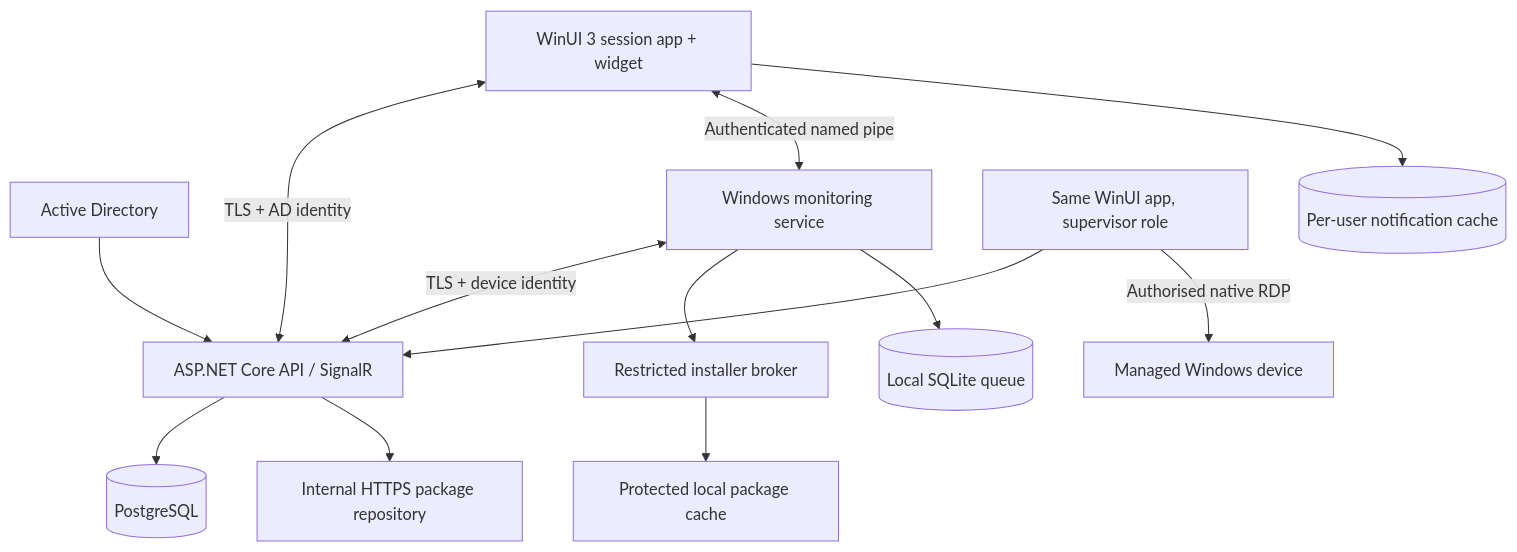
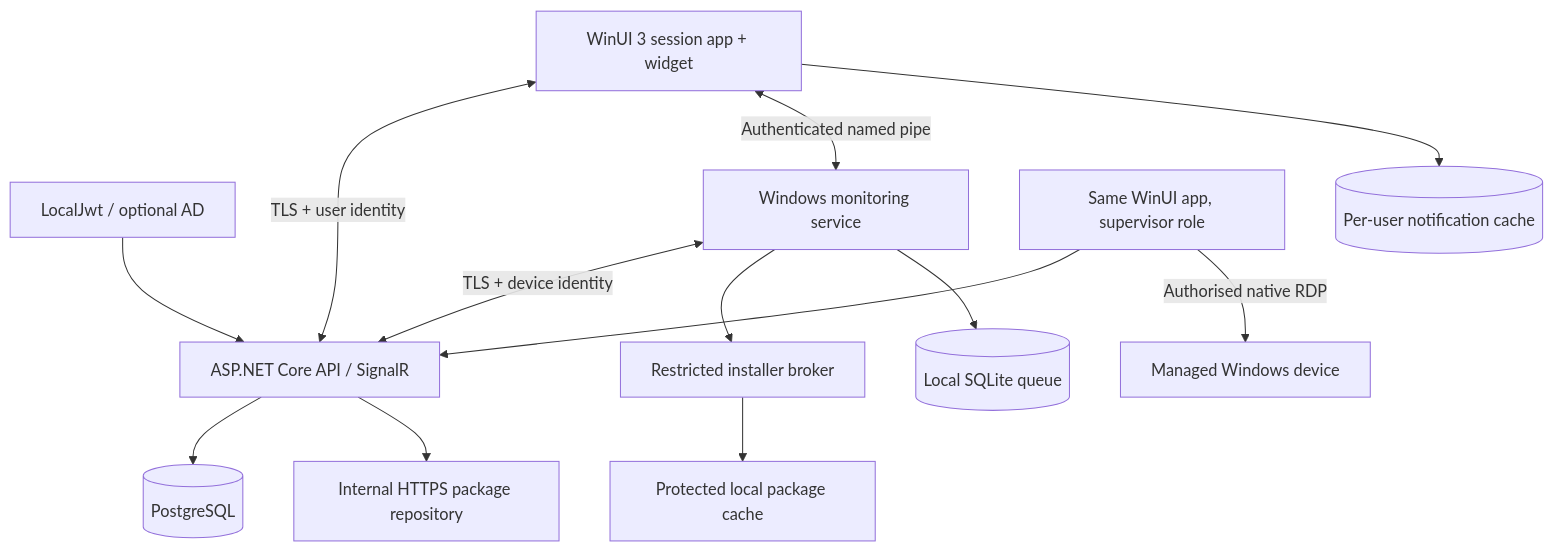
One commit to LJAM96/cordon-hive changed the diagram in docs/02_Architecture/SYSTEM_ARCHITECTURE.md. Above: the diagram before and after it, drawn with Mermaid. The commit also changed other lines of this file and 21 other files, not shown here.

````diff
--- a/docs/02_Architecture/SYSTEM_ARCHITECTURE.md
+++ b/docs/02_Architecture/SYSTEM_ARCHITECTURE.md
@@ -5,15 +5,15 @@
 ```mermaid
 flowchart TD
-    AD[Active Directory] --> API[ASP.NET Core API / SignalR]
+    Auth[LocalJwt / optional AD] --> API[ASP.NET Core API / SignalR]
     API --> DB[(PostgreSQL)]
     API --> Repo[Internal HTTPS package repository]
     Agent[Windows monitoring service] <-->|TLS + device identity| API
-    User[WinUI 3 session app + widget] <-->|TLS + AD identity| API
+    User[WinUI 3 session app + widget] <-->|TLS + user identity| API
     User <-->|Authenticated named pipe| Agent
     Agent --> Broker[Restricted installer broker]
     Broker --> Stage[Protected local package cache]
     Agent --> Local[(Local SQLite queue)]
     User --> Cache[(Per-user notification cache)]
     Supervisor[Same WinUI app, supervisor role] --> API
     Supervisor -->|Authorised native RDP| Device[Managed Windows device]
 ```
````
